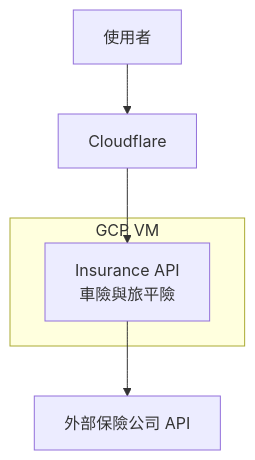
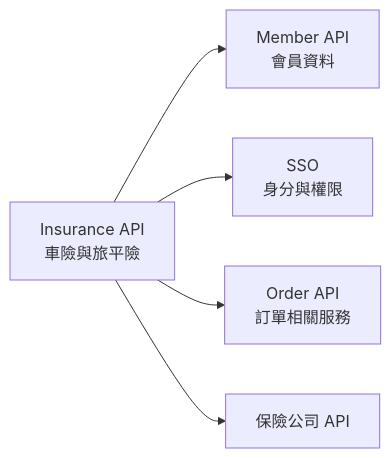
One commit to highhao/insurance-saas-platform changed the third of 3 diagrams in README.md. Above: the diagram before and after it, drawn with Mermaid. The commit also changed other lines of this file, not shown here.

Commit message:
Refine portfolio architecture and presentation

````diff
--- a/README.md
+++ b/README.md
@@ -70,9 +70,12 @@
 ```mermaid
-flowchart TB
-    User[使用者] --> Edge[Cloudflare]
-    Edge --> Insurance
-    subgraph Cloud["GCP VM"]
-        Insurance[Insurance API<br/>車險與旅平險]
-    end
-    Insurance --> Provider[外部保險公司 API]
+flowchart LR
+    Insurance[Insurance API<br/>車險與旅平險]
+    Member[Member API<br/>會員資料]
+    SSO[SSO<br/>身分與權限]
+    Order[Order API<br/>訂單相關服務]
+    Provider[保險公司 API]
+    Insurance --> Member
+    Insurance --> SSO
+    Insurance --> Order
+    Insurance --> Provider
 ```
````
